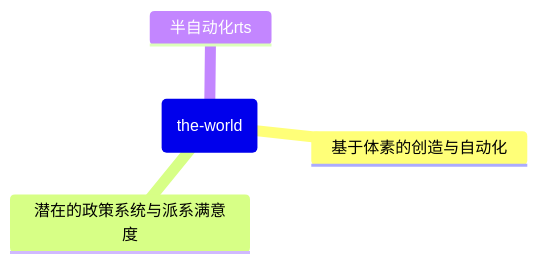
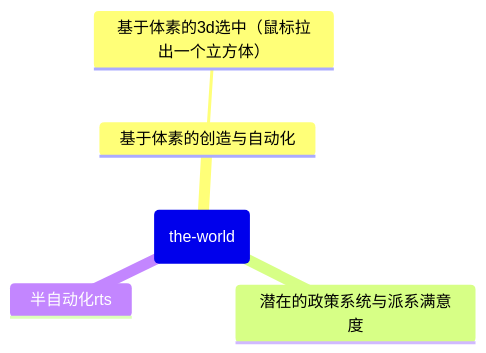
Before and after one commit to bigLRRH/the-world: the diagram in README.md, drawn with Mermaid. The commit also changed 10 other files, not shown here.

````diff
--- a/README.md
+++ b/README.md
@@ -18,7 +18,8 @@
 ```mermaid
 mindmap
 root(the-world)
     基于体素的创造与自动化
+        基于体素的3d选中（鼠标拉出一个立方体）
     潜在的政策系统与派系满意度
     半自动化rts
 ```
````
